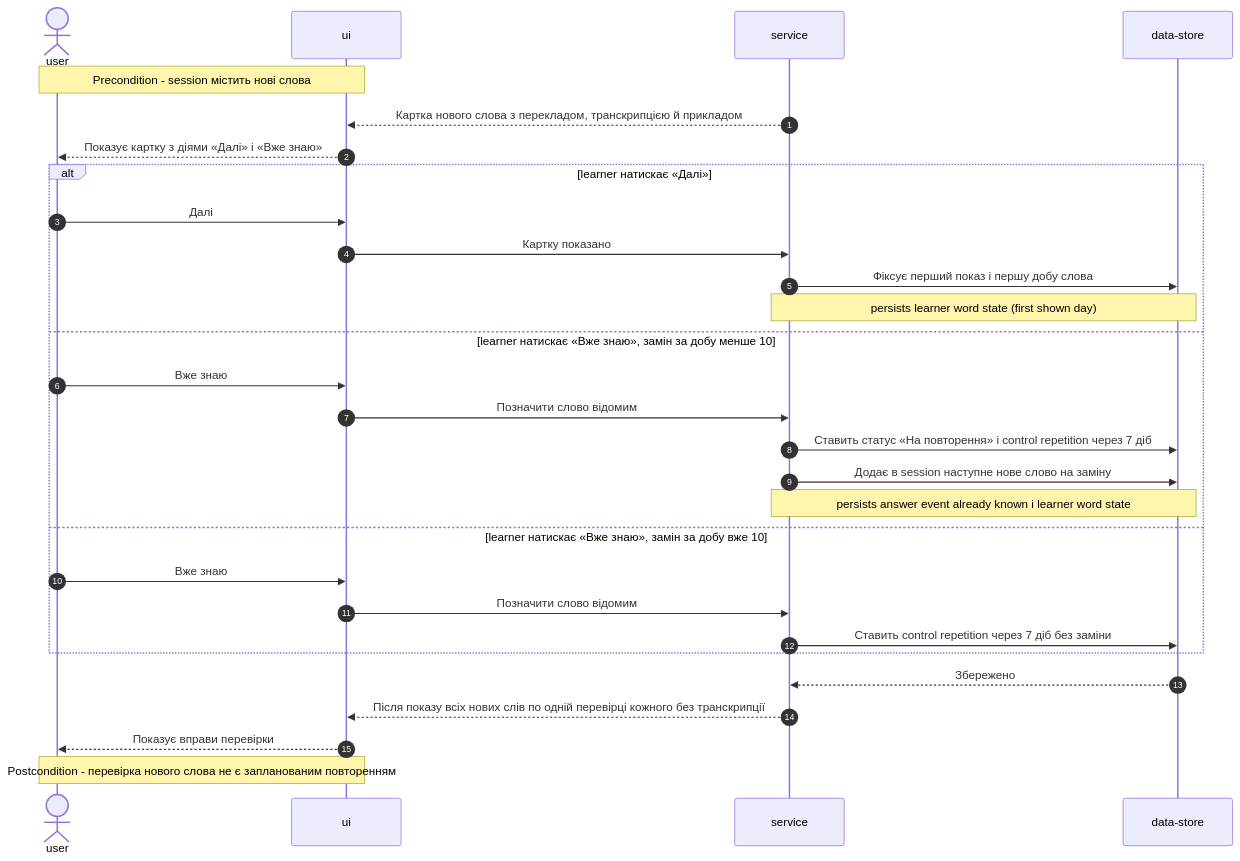
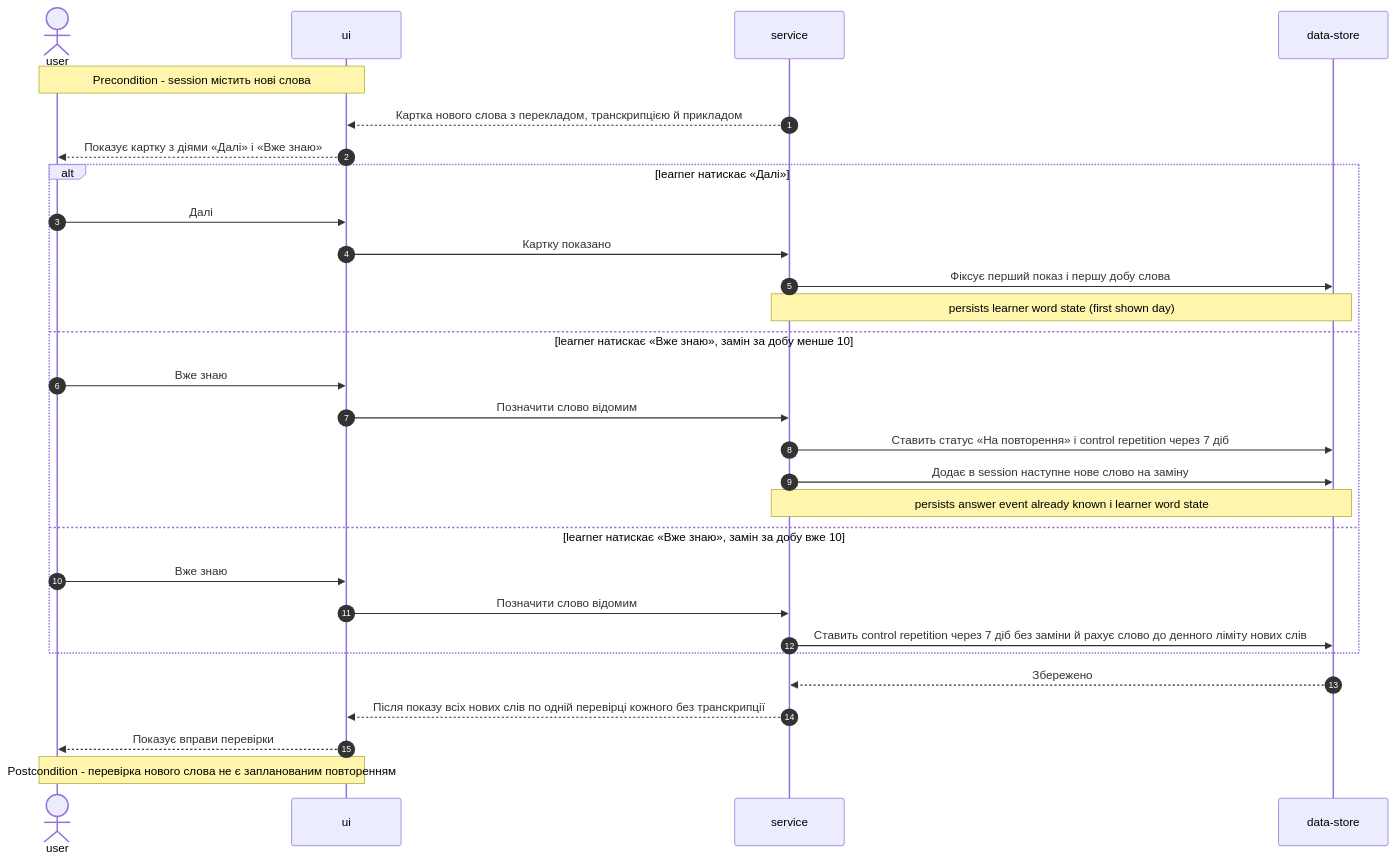
One commit to HeliosPersonal/constant-learning changed the seventh of 17 diagrams in docs/features/personal-trainer-mvp/sad.md. Above: the diagram before and after it, drawn with Mermaid. The commit also changed other lines of this file and 7 other files, not shown here.

````diff
--- a/docs/features/personal-trainer-mvp/sad.md
+++ b/docs/features/personal-trainer-mvp/sad.md
@@ -276,32 +283,32 @@
 ```mermaid
 sequenceDiagram
     autonumber
     actor U as user
     participant UI as ui
     participant S as service
     participant D as data-store
 
     Note over U,UI: Precondition - session містить нові слова
     S-->>UI: Картка нового слова з перекладом, транскрипцією й прикладом
     UI-->>U: Показує картку з діями «Далі» і «Вже знаю»
     alt learner натискає «Далі»
         U->>UI: Далі
         UI->>S: Картку показано
         S->>D: Фіксує перший показ і першу добу слова
         Note over S,D: persists learner word state (first shown day)
     else learner натискає «Вже знаю», замін за добу менше 10
         U->>UI: Вже знаю
         UI->>S: Позначити слово відомим
         S->>D: Ставить статус «На повторення» і control repetition через 7 діб
         S->>D: Додає в session наступне нове слово на заміну
         Note over S,D: persists answer event already known і learner word state
     else learner натискає «Вже знаю», замін за добу вже 10
         U->>UI: Вже знаю
         UI->>S: Позначити слово відомим
-        S->>D: Ставить control repetition через 7 діб без заміни
+        S->>D: Ставить control repetition через 7 діб без заміни й рахує слово до денного ліміту нових слів
     end
     D-->>S: Збережено
     S-->>UI: Після показу всіх нових слів по одній перевірці кожного без транскрипції
     UI-->>U: Показує вправи перевірки
     Note over U,UI: Postcondition - перевірка нового слова не є запланованим повторенням
 ```
````
